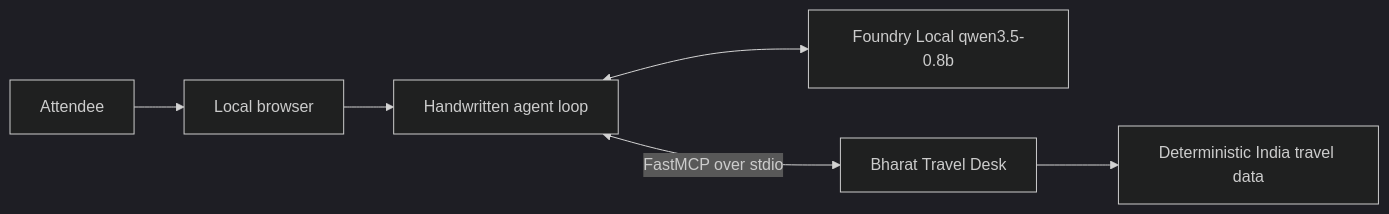
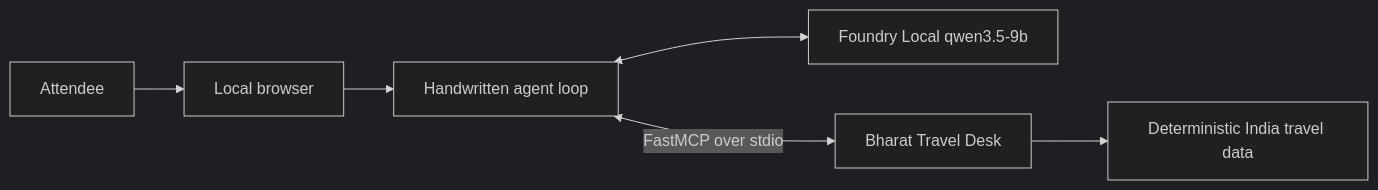
One commit to GlobalAICommunity/mcp-fl-workshop changed the diagram in README.md. Above: the diagram before and after it, drawn with Mermaid (dark theme). The commit also changed other lines of this file and 16 other files, not shown here.

````diff
--- a/README.md
+++ b/README.md
@@ -62,8 +62,8 @@
 ```mermaid
 flowchart LR
     U[Attendee] --> B[Local browser]
     B --> A[Handwritten agent loop]
-    A <--> F[Foundry Local qwen3.5-0.8b]
+    A <--> F[Foundry Local qwen3.5-9b]
     A <-->|FastMCP over stdio| S[Bharat Travel Desk]
     S --> D[Deterministic India travel data]
 ```
````
